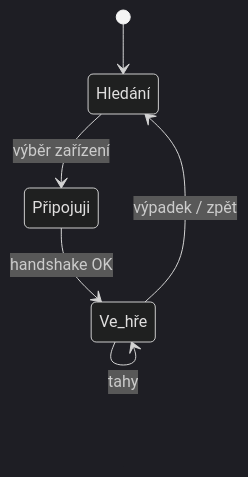
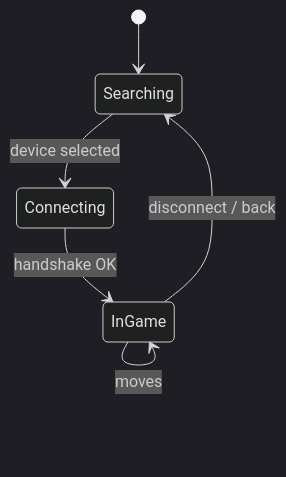
One commit to AlfredKrutina/chess_esp32_c6_devkit changed the fourth of 5 diagrams in docs/flutter/README.md. Above: the diagram before and after it, drawn with Mermaid. The commit also changed other lines of this file and 372 other files, not shown here.

````diff
--- a/docs/flutter/README.md
+++ b/docs/flutter/README.md
@@ -140,9 +140,9 @@
 ```mermaid
 %%{init: {'theme':'dark'}}%%
 stateDiagram-v2
-  [*] --> Hledání
-  Hledání --> Připojuji: výběr zařízení
-  Připojuji --> Ve_hře: handshake OK
-  Ve_hře --> Ve_hře: tahy
-  Ve_hře --> Hledání: výpadek / zpět
+  [*] --> Searching
+  Searching --> Connecting: device selected
+  Connecting --> InGame: handshake OK
+  InGame --> InGame: moves
+  InGame --> Searching: disconnect / back
 ```
````
